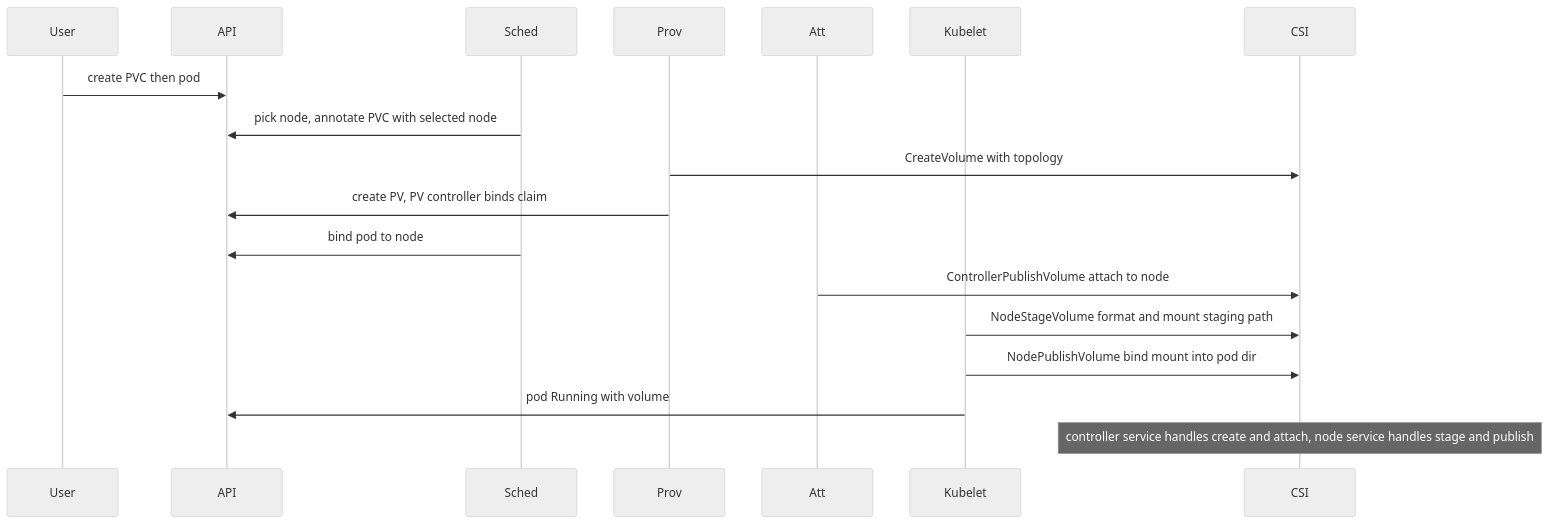
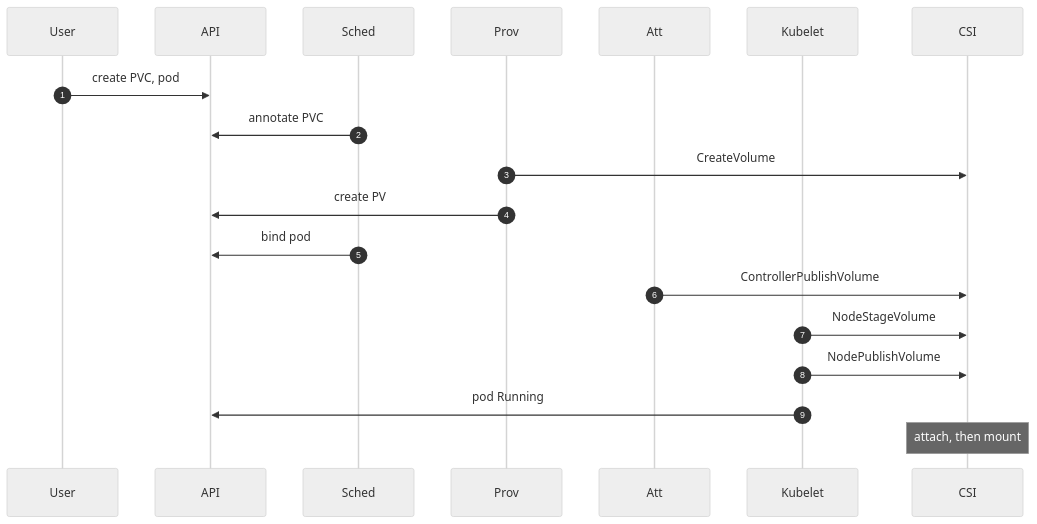
Before and after one commit to sanketsudake/k8s-worksheet: the second of 3 diagrams in chapters/ch08.md, drawn with Mermaid (neutral theme). The commit also changed other lines of this file and 2 other files, not shown here.

First line of the commit message:
ch04, ch08, ch09: shrink diagrams as far as text allows

````diff
--- a/chapters/ch08.md
+++ b/chapters/ch08.md
@@ -84,20 +91,21 @@
 ```mermaid
 sequenceDiagram
+    autonumber
     participant User
     participant API
     participant Sched
     participant Prov
     participant Att
     participant Kubelet
     participant CSI
-    User->>API: create PVC then pod
-    Sched->>API: pick node, annotate PVC with selected node
-    Prov->>CSI: CreateVolume with topology
-    Prov->>API: create PV, PV controller binds claim
-    Sched->>API: bind pod to node
-    Att->>CSI: ControllerPublishVolume attach to node
-    Kubelet->>CSI: NodeStageVolume format and mount staging path
-    Kubelet->>CSI: NodePublishVolume bind mount into pod dir
-    Kubelet->>API: pod Running with volume
-    Note over CSI: controller service handles create and attach, node service handles stage and publish
+    User->>API: create PVC, pod
+    Sched->>API: annotate PVC
+    Prov->>CSI: CreateVolume
+    Prov->>API: create PV
+    Sched->>API: bind pod
+    Att->>CSI: ControllerPublishVolume
+    Kubelet->>CSI: NodeStageVolume
+    Kubelet->>CSI: NodePublishVolume
+    Kubelet->>API: pod Running
+    Note over CSI: attach, then mount
 ```
````
